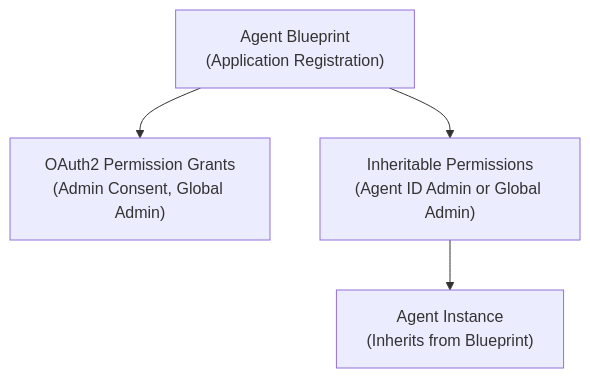
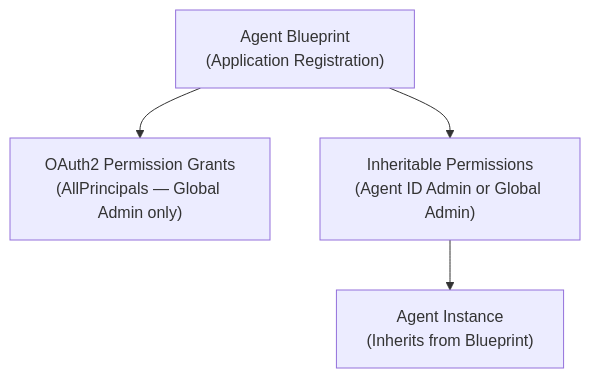
Before and after one commit to microsoft/Agent365-devTools: the third of 3 diagrams in src/Microsoft.Agents.A365.DevTools.Cli/design.md, drawn with Mermaid. The commit also changed other lines of this file and 23 other files, not shown here.

First line of the commit message:
feat: add a365 setup admin command for Global Administrator OAuth2 grants

````diff
--- a/src/Microsoft.Agents.A365.DevTools.Cli/design.md
+++ b/src/Microsoft.Agents.A365.DevTools.Cli/design.md
@@ -352,11 +354,11 @@
 ```mermaid
 flowchart TD
     Blueprint["Agent Blueprint<br/>(Application Registration)"]
-    OAuth2["OAuth2 Permission Grants<br/>(Admin Consent, Global Admin)"]
+    OAuth2["OAuth2 Permission Grants<br/>(AllPrincipals — Global Admin only)"]
     Inheritable["Inheritable Permissions<br/>(Agent ID Admin or Global Admin)"]
     Instance["Agent Instance<br/>(Inherits from Blueprint)"]
 
     Blueprint --> OAuth2
     Blueprint --> Inheritable
     Inheritable --> Instance
 ```
````
